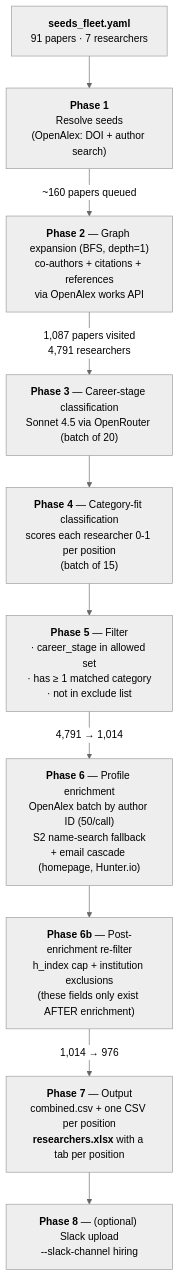
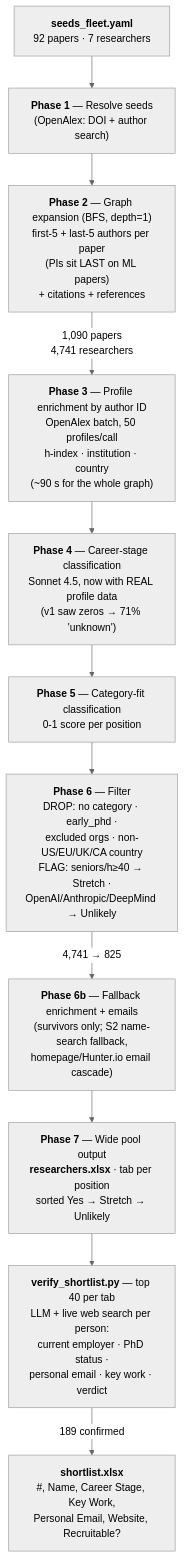
The first of 2 diagrams in PIPELINE.md (fleet-ai/researcher-scrape), drawn with Mermaid (neutral theme) before and after one commit. The commit also changed other lines of this file and 2 other files, not shown here.

First line of the commit message:
Docs + CI for the two-layer pipeline (wide pool + verified shortlist)

````diff
--- a/PIPELINE.md
+++ b/PIPELINE.md
@@ -9,27 +9,30 @@
 ```mermaid
 flowchart TD
-    A["<b>seeds_fleet.yaml</b><br/>91 papers · 7 researchers"] --> B
-    B["<b>Phase 1</b><br/>Resolve seeds<br/>(OpenAlex: DOI + author search)"]
-    B -->|"~160 papers queued"| C
+    A["<b>seeds_fleet.yaml</b><br/>92 papers · 7 researchers"] --> B
+    B["<b>Phase 1</b> — Resolve seeds<br/>(OpenAlex: DOI + author search)"]
+    B --> C
 
-    C["<b>Phase 2</b> — Graph expansion (BFS, depth=1)<br/>co-authors + citations + references<br/>via OpenAlex works API"]
-    C -->|"1,087 papers visited<br/>4,791 researchers"| E
+    C["<b>Phase 2</b> — Graph expansion (BFS, depth=1)<br/>first-5 + last-5 authors per paper<br/>(PIs sit LAST on ML papers)<br/>+ citations + references"]
+    C -->|"1,090 papers<br/>4,741 researchers"| D
 
-    E["<b>Phase 3</b> — Career-stage classification<br/>Sonnet 4.5 via OpenRouter (batch of 20)"]
+    D["<b>Phase 3</b> — Profile enrichment by author ID<br/>OpenAlex batch, 50 profiles/call<br/>h-index · institution · country<br/>(~90 s for the whole graph)"]
+    D --> E
+
+    E["<b>Phase 4</b> — Career-stage classification<br/>Sonnet 4.5, now with REAL profile data<br/>(v1 saw zeros → 71% 'unknown')"]
     E --> F
 
-    F["<b>Phase 4</b> — Category-fit classification<br/>scores each researcher 0-1 per position<br/>(batch of 15)"]
+    F["<b>Phase 5</b> — Category-fit classification<br/>0-1 score per position"]
     F --> G
 
-    G["<b>Phase 5</b> — Filter<br/>· career_stage in allowed set<br/>· has ≥ 1 matched category<br/>· not in exclude list"]
-    G -->|"4,791 → 1,014"| H
+    G["<b>Phase 6</b> — Filter<br/>DROP: no category · early_phd ·<br/>excluded orgs · non-US/EU/UK/CA country<br/>FLAG: seniors/h≥40 → Stretch ·<br/>OpenAI/Anthropic/DeepMind → Unlikely"]
+    G -->|"4,741 → 825"| H
 
-    H["<b>Phase 6</b> — Profile enrichment<br/>OpenAlex batch by author ID (50/call)<br/>S2 name-search fallback<br/>+ email cascade (homepage, Hunter.io)"]
-    H --> H2
+    H["<b>Phase 6b</b> — Fallback enrichment + emails<br/>(survivors only; S2 name-search fallback,<br/>homepage/Hunter.io email cascade)"]
+    H --> I
 
-    H2["<b>Phase 6b</b> — Post-enrichment re-filter<br/>h_index cap + institution exclusions<br/>(these fields only exist AFTER enrichment)"]
-    H2 -->|"1,014 → 976"| I
+    I["<b>Phase 7</b> — Wide pool output<br/><b>researchers.xlsx</b> · tab per position<br/>sorted Yes → Stretch → Unlikely"]
+    I --> J
 
-    I["<b>Phase 7</b> — Output<br/>combined.csv + one CSV per position<br/><b>researchers.xlsx</b> with a tab per position"]
-    I --> J["<b>Phase 8</b> — (optional) Slack upload<br/>--slack-channel hiring"]
+    J["<b>verify_shortlist.py</b> — top 40 per tab<br/>LLM + live web search per person:<br/>current employer · PhD status ·<br/>personal email · key work · verdict"]
+    J -->|"189 confirmed"| K["<b>shortlist.xlsx</b><br/>#, Name, Career Stage, Key Work,<br/>Personal Email, Website, Recruitable?"]
 ```
````
